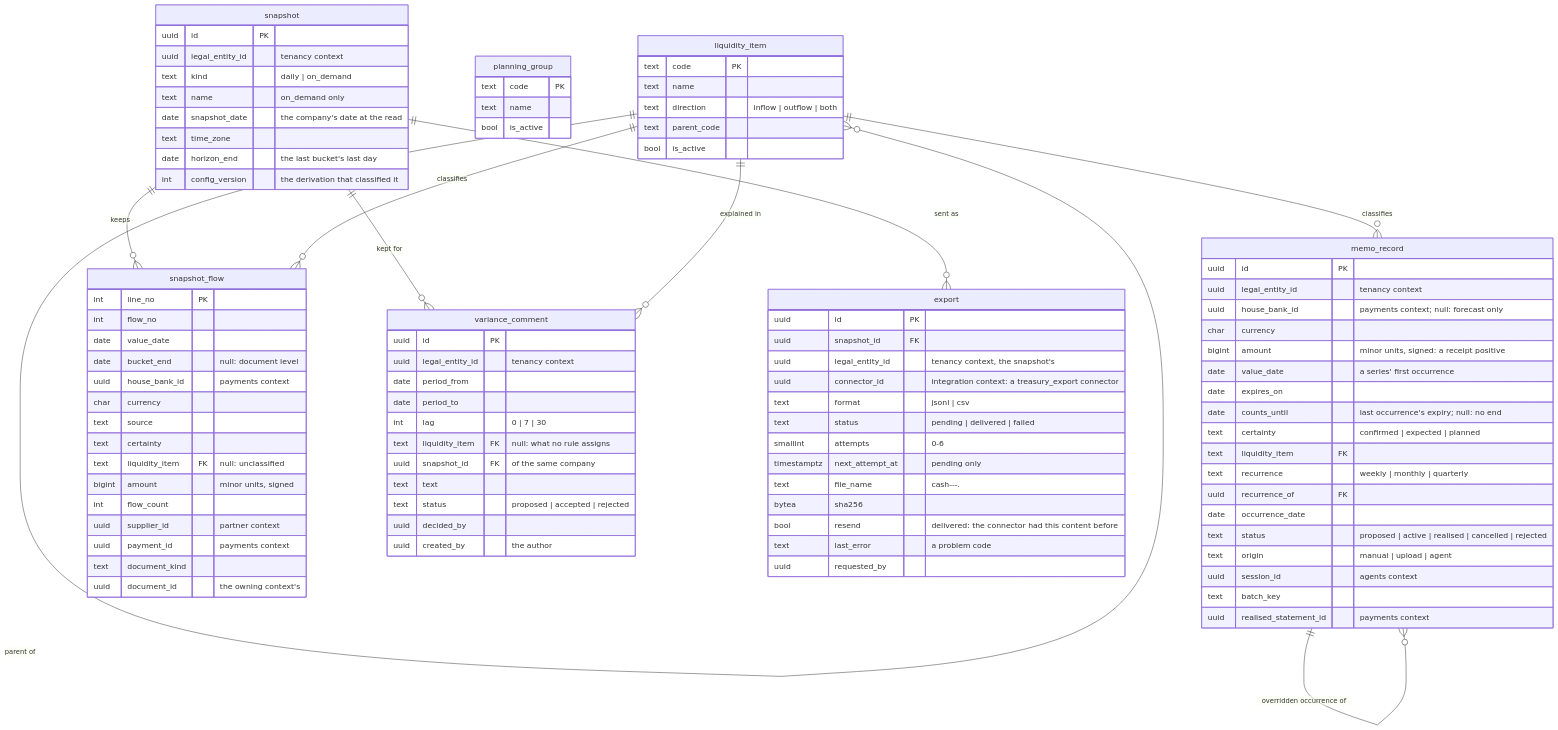
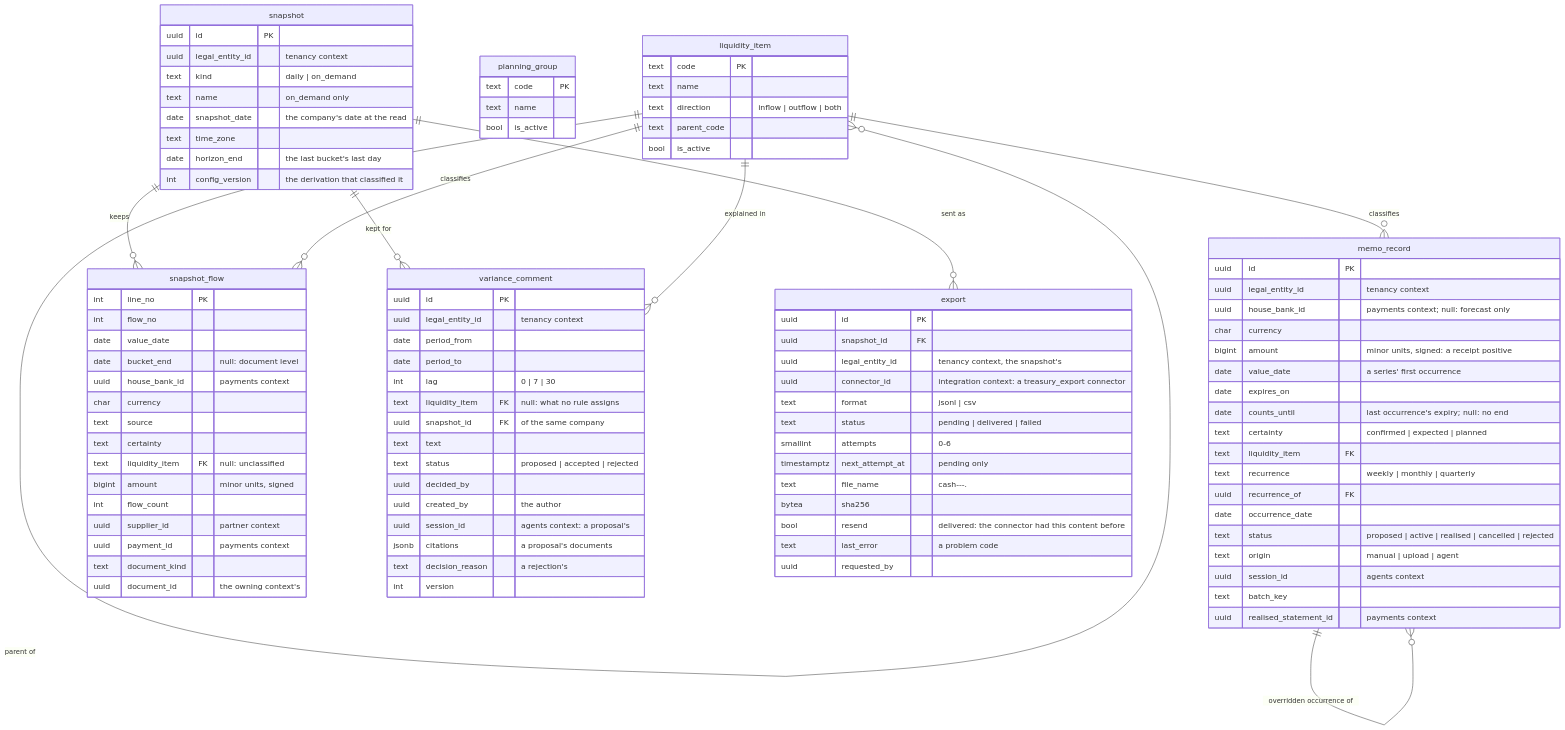
Before and after one commit to mustie7iy/agentic-erp: the tenth of 13 diagrams in docs/design/03-data-model.md, drawn with Mermaid. The commit also changed other lines of this file and 50 other files, not shown here.

```diff
--- a/docs/design/03-data-model.md
+++ b/docs/design/03-data-model.md
@@ -2792,7 +2792,11 @@
     text text
     text status "proposed | accepted | rejected"
     uuid decided_by
-    uuid created_by "the author" }
+    uuid created_by "the author"
+    uuid session_id "agents context: a proposal's"
+    jsonb citations "a proposal's documents"
+    text decision_reason "a rejection's"
+    int version }
   snapshot ||--o{ export : "sent as"
   export { uuid id PK
     uuid snapshot_id FK
```
